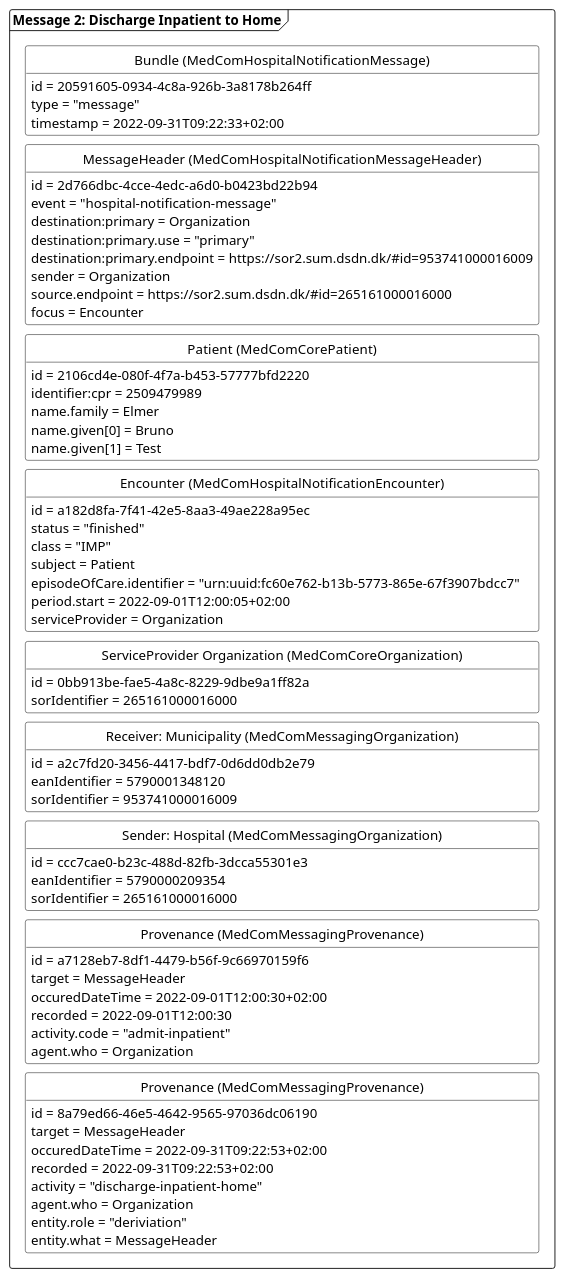
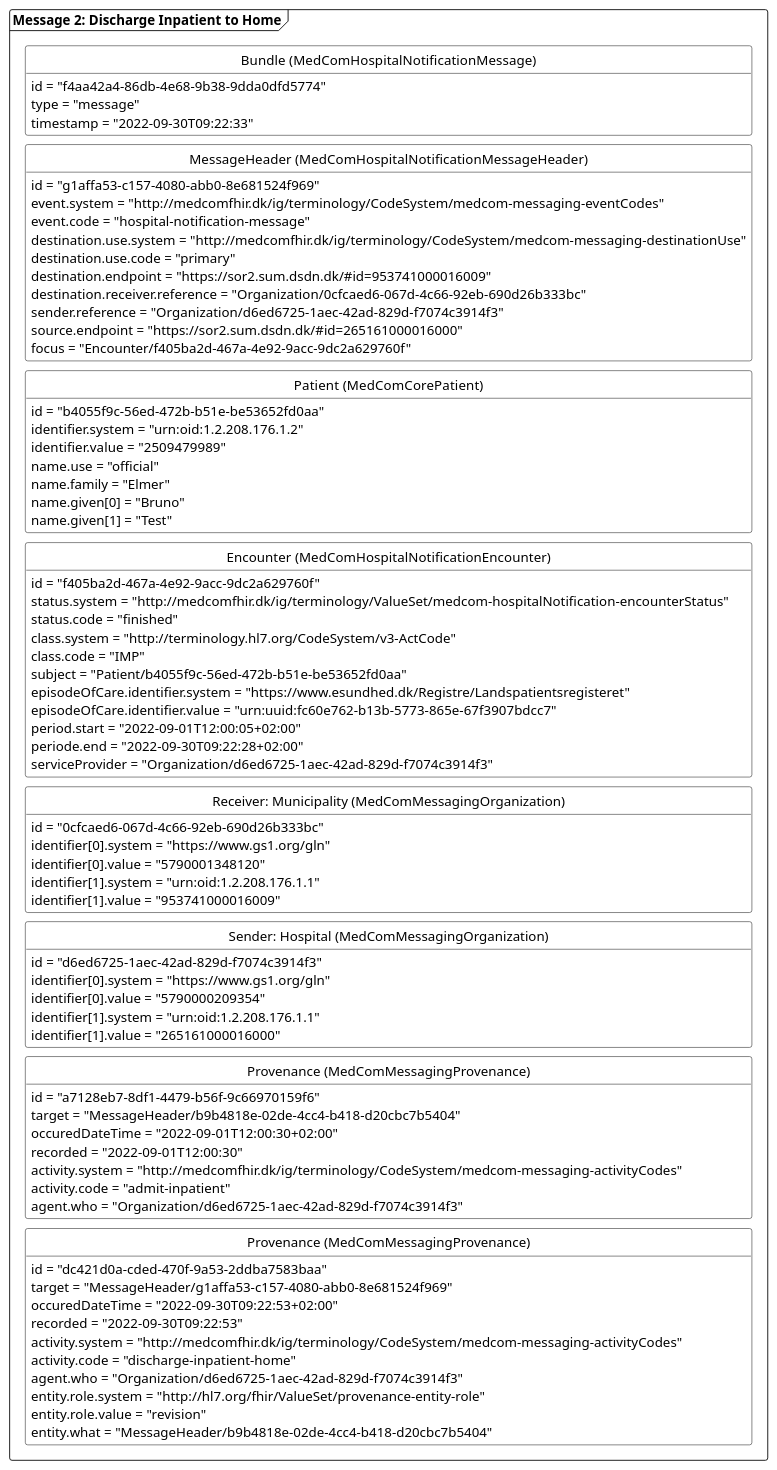
One commit to medcomdk/dk-medcom-hospitalnotification changed the diagram in puml/HospitalNotificationAdmitFinish.puml. Above: the diagram before and after it, drawn with PlantUML. The commit also changed 7 other files, not shown here.

```diff
--- a/puml/HospitalNotificationAdmitFinish.puml
+++ b/puml/HospitalNotificationAdmitFinish.puml
@@ -1,98 +1,107 @@
 @startuml HNAdmitFinish
 
 'layout
 skinparam class {
     BackgroundColor White
     BorderColor Black
     ArrowColor Black
   }
 hide circle
 hide empty members
 skinparam SameClassWidth true
 skinparam Ranksep 10
 
 
 'title
 'title Simplified example: Admit and Discharge Inpatient
 
 'Message 2: Finished inpatient
-package "Message 2: Discharge Inpatient to Home" as finished <<Frame>>{
+package "Message 2: Discharge Inpatient to Home" as finished <<Frame>>{    
     class "Bundle  (MedComHospitalNotificationMessage)" as finishedB{
-        id = 20591605-0934-4c8a-926b-3a8178b264ff
+        id = "f4aa42a4-86db-4e68-9b38-9dda0dfd5774"
         type = "message"
-        timestamp = 2022-09-31T09:22:33+02:00
+        timestamp = "2022-09-30T09:22:33"
     }
     class "MessageHeader  (MedComHospitalNotificationMessageHeader)" as finishedMH{
-        id = 2d766dbc-4cce-4edc-a6d0-b0423bd22b94
-        event = "hospital-notification-message"
-        destination:primary = Organization
-        destination:primary.use = "primary"
-        destination:primary.endpoint = https://sor2.sum.dsdn.dk/#id=953741000016009
-        sender = Organization
-        source.endpoint = https://sor2.sum.dsdn.dk/#id=265161000016000 
-        focus = Encounter
+        id = "g1affa53-c157-4080-abb0-8e681524f969"
+        event.system = "http://medcomfhir.dk/ig/terminology/CodeSystem/medcom-messaging-eventCodes"
+        event.code = "hospital-notification-message"
+        destination.use.system = "http://medcomfhir.dk/ig/terminology/CodeSystem/medcom-messaging-destinationUse"
+        destination.use.code = "primary"
+        destination.endpoint = "https://sor2.sum.dsdn.dk/#id=953741000016009"
+        destination.receiver.reference = "Organization/0cfcaed6-067d-4c66-92eb-690d26b333bc"
+        sender.reference = "Organization/d6ed6725-1aec-42ad-829d-f7074c3914f3"
+        source.endpoint = "https://sor2.sum.dsdn.dk/#id=265161000016000"
+        focus = "Encounter/f405ba2d-467a-4e92-9acc-9dc2a629760f"
     }
     class "Patient  (MedComCorePatient)" as finishedPT{
-        id = 2106cd4e-080f-4f7a-b453-57777bfd2220
-        identifier:cpr = 2509479989
-        name.family = Elmer
-        name.given[0] = Bruno
-        name.given[1] = Test
+        id = "b4055f9c-56ed-472b-b51e-be53652fd0aa"
+        identifier.system = "urn:oid:1.2.208.176.1.2"
+        identifier.value = "2509479989"
+        name.use = "official"
+        name.family = "Elmer"
+        name.given[0] = "Bruno"
+        name.given[1] = "Test"
     }
     class "Encounter  (MedComHospitalNotificationEncounter)" as finishedENC{
-        id = a182d8fa-7f41-42e5-8aa3-49ae228a95ec
-        status = "finished"
-        class = "IMP"
-        subject = Patient
-        episodeOfCare.identifier = "urn:uuid:fc60e762-b13b-5773-865e-67f3907bdcc7"
-        period.start = 2022-09-01T12:00:05+02:00
-        serviceProvider = Organization
-    }
-    class "ServiceProvider Organization (MedComCoreOrganization)" as finishedSPOrg{
-        id = 0bb913be-fae5-4a8c-8229-9dbe9a1ff82a
-        sorIdentifier = 265161000016000
-    }    
+        id = "f405ba2d-467a-4e92-9acc-9dc2a629760f"
+        status.system = "http://medcomfhir.dk/ig/terminology/ValueSet/medcom-hospitalNotification-encounterStatus"
+        status.code = "finished"
+        class.system = "http://terminology.hl7.org/CodeSystem/v3-ActCode"
+        class.code = "IMP"
+        subject = "Patient/b4055f9c-56ed-472b-b51e-be53652fd0aa"
+        episodeOfCare.identifier.system = "https://www.esundhed.dk/Registre/Landspatientsregisteret"
+        episodeOfCare.identifier.value = "urn:uuid:fc60e762-b13b-5773-865e-67f3907bdcc7"
+        period.start = "2022-09-01T12:00:05+02:00"
+        periode.end = "2022-09-30T09:22:28+02:00"
+        serviceProvider = "Organization/d6ed6725-1aec-42ad-829d-f7074c3914f3"
+    } 
     class "Receiver: Municipality (MedComMessagingOrganization)" as finishedROrg{
-        id = a2c7fd20-3456-4417-bdf7-0d6dd0db2e79
-        eanIdentifier = 5790001348120
-        sorIdentifier = 953741000016009
+        id = "0cfcaed6-067d-4c66-92eb-690d26b333bc"
+        identifier[0].system = "https://www.gs1.org/gln"
+        identifier[0].value = "5790001348120"
+        identifier[1].system = "urn:oid:1.2.208.176.1.1"
+        identifier[1].value = "953741000016009"
     }
     class "Sender: Hospital (MedComMessagingOrganization)" as finishedSOrg{
-        id = ccc7cae0-b23c-488d-82fb-3dcca55301e3
-        eanIdentifier = 5790000209354
-        sorIdentifier = 265161000016000
-    }    
+        id = "d6ed6725-1aec-42ad-829d-f7074c3914f3"
+        identifier[0].system = "https://www.gs1.org/gln"
+        identifier[0].value = "5790000209354"
+        identifier[1].system = "urn:oid:1.2.208.176.1.1"
+        identifier[1].value = "265161000016000"
+    } 
     class "Provenance (MedComMessagingProvenance)" as admitfinishedPRO{
-        id = a7128eb7-8df1-4479-b56f-9c66970159f6
-        target = MessageHeader
-        occuredDateTime = 2022-09-01T12:00:30+02:00
-        recorded = 2022-09-01T12:00:30
+        id = "a7128eb7-8df1-4479-b56f-9c66970159f6"
+        target = "MessageHeader/b9b4818e-02de-4cc4-b418-d20cbc7b5404"
+        occuredDateTime = "2022-09-01T12:00:30+02:00"
+        recorded = "2022-09-01T12:00:30"
+        activity.system = "http://medcomfhir.dk/ig/terminology/CodeSystem/medcom-messaging-activityCodes"
         activity.code = "admit-inpatient"
-        agent.who = Organization
+        agent.who = "Organization/d6ed6725-1aec-42ad-829d-f7074c3914f3"
     }
     class "Provenance (MedComMessagingProvenance)" as finishedPRO{
-        id = 8a79ed66-46e5-4642-9565-97036dc06190        
-        target = MessageHeader
-        occuredDateTime = 2022-09-31T09:22:53+02:00
-        recorded = 2022-09-31T09:22:53+02:00
-        activity = "discharge-inpatient-home"
-        agent.who = Organization
-        entity.role = "deriviation"
-        entity.what = MessageHeader
+        id = "dc421d0a-cded-470f-9a53-2ddba7583baa"
+        target = "MessageHeader/g1affa53-c157-4080-abb0-8e681524f969"
+        occuredDateTime = "2022-09-30T09:22:53+02:00"
+        recorded = "2022-09-30T09:22:53"
+        activity.system = "http://medcomfhir.dk/ig/terminology/CodeSystem/medcom-messaging-activityCodes"
+        activity.code = "discharge-inpatient-home"
+        agent.who = "Organization/d6ed6725-1aec-42ad-829d-f7074c3914f3"
+        entity.role.system = "http://hl7.org/fhir/ValueSet/provenance-entity-role"
+        entity.role.value = "revision"
+        entity.what = "MessageHeader/b9b4818e-02de-4cc4-b418-d20cbc7b5404"
     }
 finishedB-[hidden]-finishedMH
 finishedMH-[hidden]-finishedPT
 finishedPT-[hidden]-finishedENC
-finishedENC-[hidden]-finishedSPOrg
-finishedSPOrg-[hidden]-finishedROrg
+finishedENC-[hidden]-finishedROrg
 finishedROrg-[hidden]-finishedSOrg
 finishedSOrg-[hidden]-admitfinishedPRO
 admitfinishedPRO-[hidden]-finishedPRO
 
 }
-
 ' pile mellem de to beskeder
 ' admit --> finished
 
 
 @enduml
```
